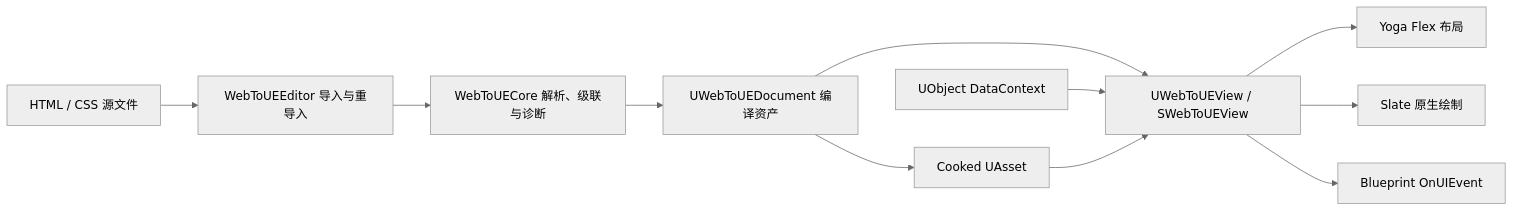
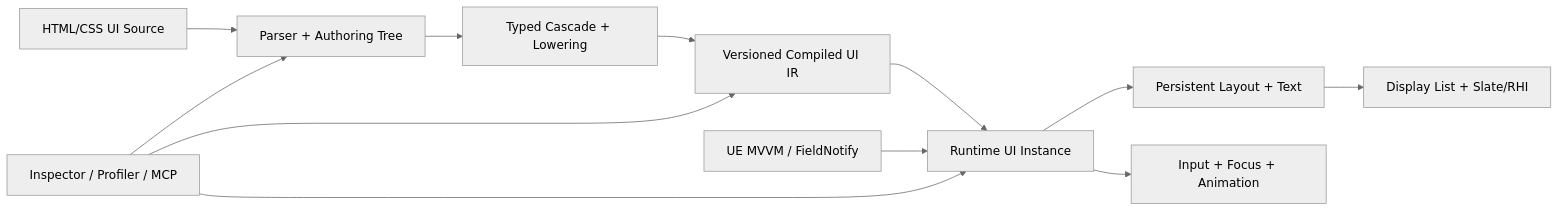
The diagram in Plugins/WebToUE/Docs/WTUE_TechnicalSummary.md (Dershine/WebToUE), drawn with Mermaid (neutral theme) before and after one commit. The commit also changed other lines of this file and 4 other files, not shown here.

````diff
--- a/Plugins/WebToUE/Docs/WTUE_TechnicalSummary.md
+++ b/Plugins/WebToUE/Docs/WTUE_TechnicalSummary.md
@@ -28,13 +140,14 @@
 ```mermaid
 flowchart LR
-    A["HTML / CSS 源文件"] --> B["WebToUEEditor 导入与重导入"]
-    B --> C["WebToUECore 解析、级联与诊断"]
-    C --> D["UWebToUEDocument 编译资产"]
-    D --> E["UWebToUEView / SWebToUEView"]
-    E --> F["Yoga Flex 布局"]
-    E --> G["Slate 原生绘制"]
-    H["UObject DataContext"] --> E
-    E --> I["Blueprint OnUIEvent"]
-    D --> J["Cooked UAsset"]
+    A["HTML/CSS UI Source"] --> B["Parser + Authoring Tree"]
+    B --> C["Typed Cascade + Lowering"]
+    C --> D["Versioned Compiled UI IR"]
+    D --> E["Runtime UI Instance"]
+    F["UE MVVM / FieldNotify"] --> E
+    E --> G["Persistent Layout + Text"]
+    G --> H["Display List + Slate/RHI"]
+    E --> I["Input + Focus + Animation"]
+    J["Inspector / Profiler / MCP"] --> B
+    J --> D
     J --> E
 ```
````
